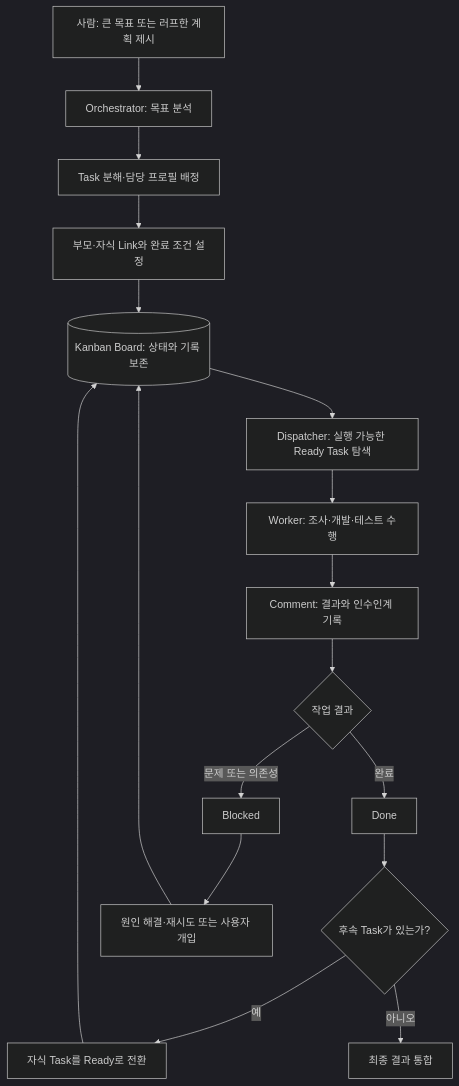
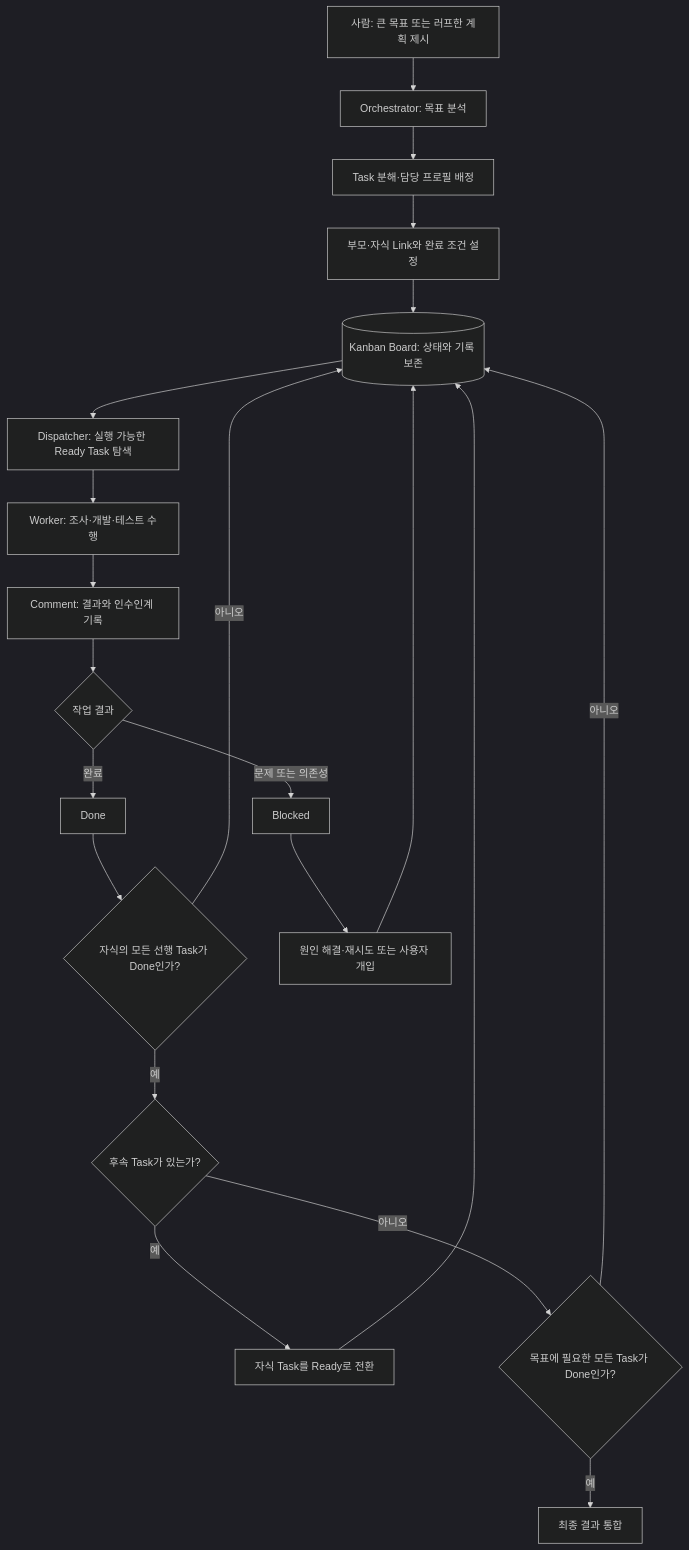
The second of 2 diagrams in docs/hermes/skills/kanban-board.md (hyunsoung02/hs-workspace), drawn with Mermaid (dark theme) before and after one commit. The commit also changed other lines of this file, not shown here.

Commit message:
docs: clarify Kanban dependency gates

````diff
--- a/docs/hermes/skills/kanban-board.md
+++ b/docs/hermes/skills/kanban-board.md
@@ -62,19 +62,23 @@
 ```mermaid
 flowchart TD
     U[사람: 큰 목표 또는 러프한 계획 제시] --> O[Orchestrator: 목표 분석]
     O --> T[Task 분해·담당 프로필 배정]
     T --> L[부모·자식 Link와 완료 조건 설정]
     L --> B[(Kanban Board: 상태와 기록 보존)]
     B --> D[Dispatcher: 실행 가능한 Ready Task 탐색]
     D --> W[Worker: 조사·개발·테스트 수행]
     W --> C[Comment: 결과와 인수인계 기록]
     C --> Q{작업 결과}
     Q -- 완료 --> DONE[Done]
     Q -- 문제 또는 의존성 --> BLOCKED[Blocked]
-    DONE --> N{후속 Task가 있는가?}
+    DONE --> P{자식의 모든 선행 Task가 Done인가?}
+    P -- 아니오 --> B
+    P -- 예 --> N{후속 Task가 있는가?}
     N -- 예 --> READY[자식 Task를 Ready로 전환]
     READY --> B
-    N -- 아니오 --> F[최종 결과 통합]
+    N -- 아니오 --> A{목표에 필요한 모든 Task가 Done인가?}
+    A -- 아니오 --> B
+    A -- 예 --> F[최종 결과 통합]
     BLOCKED --> H[원인 해결·재시도 또는 사용자 개입]
     H --> B
 ```
````
